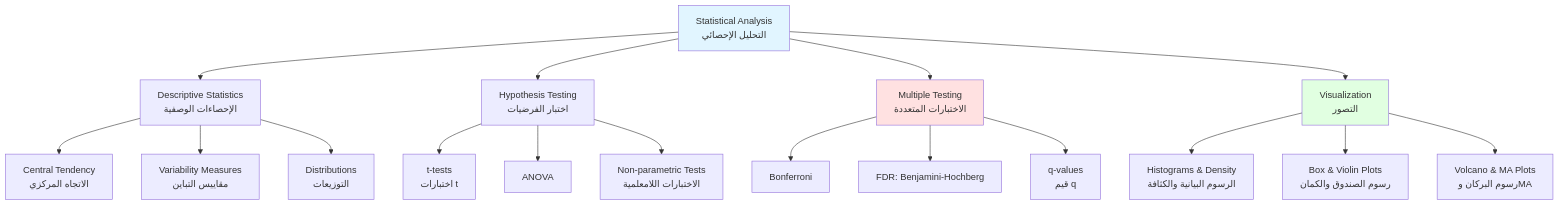
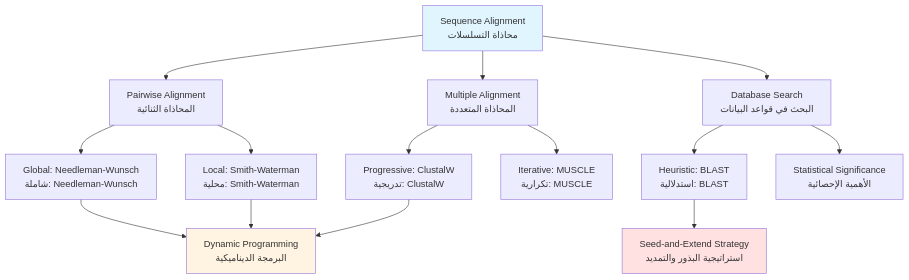
One commit to alarawms/site changed the first of 3 diagrams in docs/courses/foundation-of-bioinformatics/module-5.md. Above: the diagram before and after it, drawn with Mermaid. The commit also changed other lines of this file and 6 other files, not shown here.

````diff
--- a/docs/courses/foundation-of-bioinformatics/module-5.md
+++ b/docs/courses/foundation-of-bioinformatics/module-5.md
@@ -39,27 +36,25 @@
 ```mermaid
 graph TB
-    A["Statistical Analysis<br/>التحليل الإحصائي"] --> B["Descriptive Statistics<br/>الإحصاءات الوصفية"]
-    A --> C["Hypothesis Testing<br/>اختبار الفرضيات"]
-    A --> D["Multiple Testing<br/>الاختبارات المتعددة"]
-    A --> E["Visualization<br/>التصور"]
+    A["Sequence Alignment<br/>محاذاة التسلسلات"] --> B["Pairwise Alignment<br/>المحاذاة الثنائية"]
+    A --> C["Multiple Alignment<br/>المحاذاة المتعددة"]
+    A --> D["Database Search<br/>البحث في قواعد البيانات"]
 
-    B --> F["Central Tendency<br/>الاتجاه المركزي"]
-    B --> G["Variability Measures<br/>مقاييس التباين"]
-    B --> H["Distributions<br/>التوزيعات"]
+    B --> E["Global: Needleman-Wunsch<br/>شاملة: Needleman-Wunsch"]
+    B --> F["Local: Smith-Waterman<br/>محلية: Smith-Waterman"]
 
-    C --> I["t-tests<br/>اختبارات t"]
-    C --> J["ANOVA"]
-    C --> K["Non-parametric Tests<br/>الاختبارات اللامعلمية"]
+    C --> G["Progressive: ClustalW<br/>تدريجية: ClustalW"]
+    C --> H["Iterative: MUSCLE<br/>تكرارية: MUSCLE"]
 
-    D --> L["Bonferroni"]
-    D --> M["FDR: Benjamini-Hochberg"]
-    D --> N["q-values<br/>قيم q"]
+    D --> I["Heuristic: BLAST<br/>استدلالية: BLAST"]
+    D --> J["Statistical Significance<br/>الأهمية الإحصائية"]
 
-    E --> O["Histograms & Density<br/>الرسوم البيانية والكثافة"]
-    E --> P["Box & Violin Plots<br/>رسوم الصندوق والكمان"]
-    E --> Q["Volcano & MA Plots<br/>رسوم البركان وMA"]
+    E --> K["Dynamic Programming<br/>البرمجة الديناميكية"]
+    F --> K
+    G --> K
+
+    I --> L["Seed-and-Extend Strategy<br/>استراتيجية البذور والتمديد"]
 
     style A fill:#e1f5ff
-    style D fill:#ffe1e1
-    style E fill:#e1ffe1
+    style K fill:#fff4e1
+    style L fill:#ffe1e1
 ```
````
